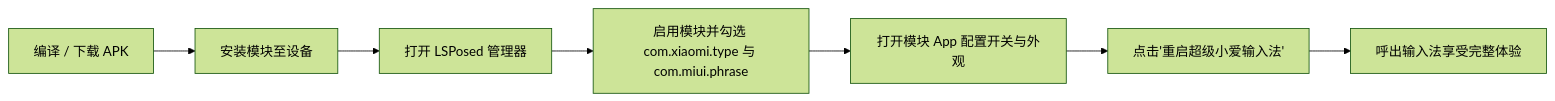
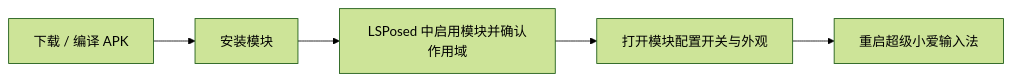
Before and after one commit to lm060719/XiaoAiTypeUnblock: the first of 2 diagrams in README.md, drawn with Mermaid (forest theme). The commit also changed other lines of this file and 25 other files, not shown here.

````diff
--- a/README.md
+++ b/README.md
@@ -105,9 +121,7 @@
 ```mermaid
 flowchart LR
-    A[编译 / 下载 APK] --> B[安装模块至设备]
-    B --> C[打开 LSPosed 管理器]
-    C --> D[启用模块并勾选 com.xiaomi.type 与 com.miui.phrase]
-    D --> E[打开模块 App 配置开关与外观]
-    E --> F[点击'重启超级小爱输入法']
-    F --> G[呼出输入法享受完整体验]
+    A[下载 / 编译 APK] --> B[安装模块]
+    B --> C[LSPosed 中启用模块并确认作用域]
+    C --> D[打开模块配置开关与外观]
+    D --> E[重启超级小爱输入法]
 ```
````
